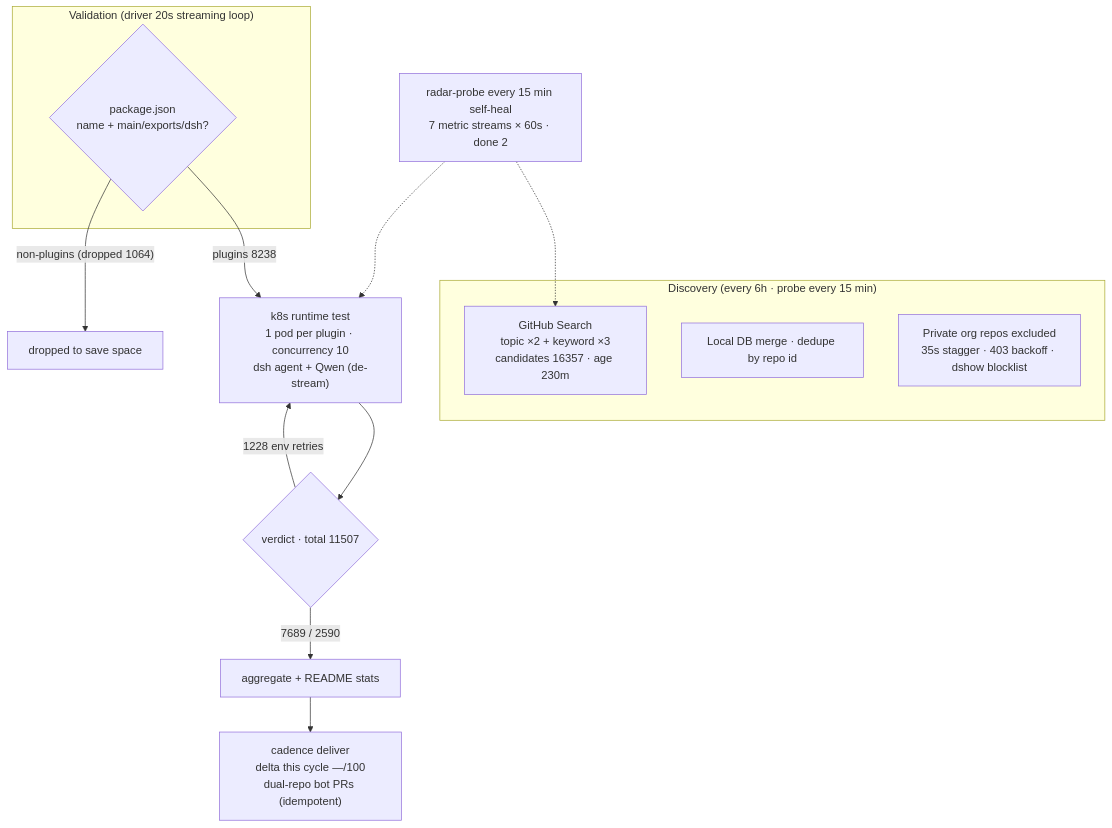
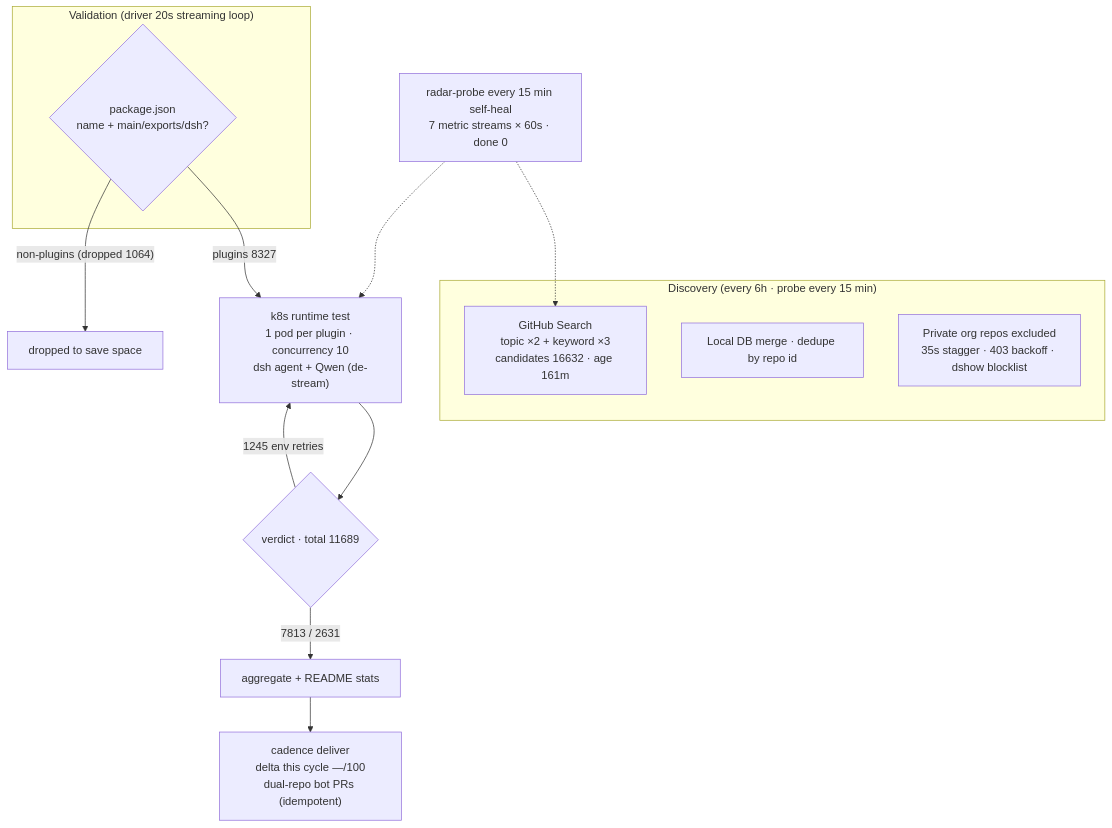
One commit to Zhidao-Lab-OSS/awesome-dsh-plugins changed the diagram in README.en-US.md. Above: the diagram before and after it, drawn with Mermaid. The commit also changed other lines of this file and 1 other file, not shown here.

````diff
--- a/README.en-US.md
+++ b/README.en-US.md
@@ -45,20 +45,20 @@
 ```mermaid
 flowchart TB
     subgraph Discovery["Discovery (every 6h · probe every 15 min)"]
-        A1["GitHub Search<br/>topic ×2 + keyword ×3<br/>candidates 16357 · age 230m"]
+        A1["GitHub Search<br/>topic ×2 + keyword ×3<br/>candidates 16632 · age 161m"]
         A2["Local DB merge · dedupe by repo id"]
         A3["Private org repos excluded<br/>35s stagger · 403 backoff · dshow blocklist"]
     end
     subgraph Validation["Validation (driver 20s streaming loop)"]
         B1{"package.json<br/>name + main/exports/dsh?"}
     end
-    B1 -->|"plugins 8238"| C1["k8s runtime test<br/>1 pod per plugin · concurrency 10<br/>dsh agent + Qwen (de-stream)"]
+    B1 -->|"plugins 8327"| C1["k8s runtime test<br/>1 pod per plugin · concurrency 10<br/>dsh agent + Qwen (de-stream)"]
     B1 -->|"non-plugins (dropped 1064)"| B3["dropped to save space"]
-    C1 --> D1{"verdict · total 11507"}
-    D1 -->|"7689 / 2590"| E1["aggregate + README stats"]
-    D1 -->|"1228 env retries"| C1
+    C1 --> D1{"verdict · total 11689"}
+    D1 -->|"7813 / 2631"| E1["aggregate + README stats"]
+    D1 -->|"1245 env retries"| C1
     E1 --> E2["cadence deliver<br/>delta this cycle —/100<br/>dual-repo bot PRs (idempotent)"]
-    M["radar-probe every 15 min self-heal<br/>7 metric streams × 60s · done 2"]
+    M["radar-probe every 15 min self-heal<br/>7 metric streams × 60s · done 0"]
     M -.-> A1
     M -.-> C1
 ```
````
